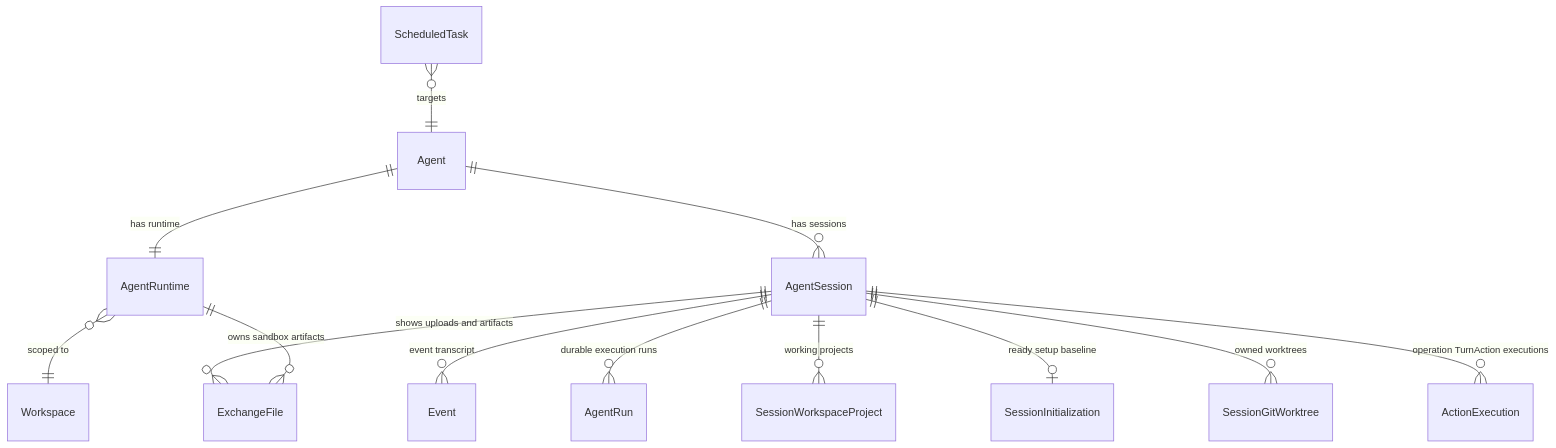
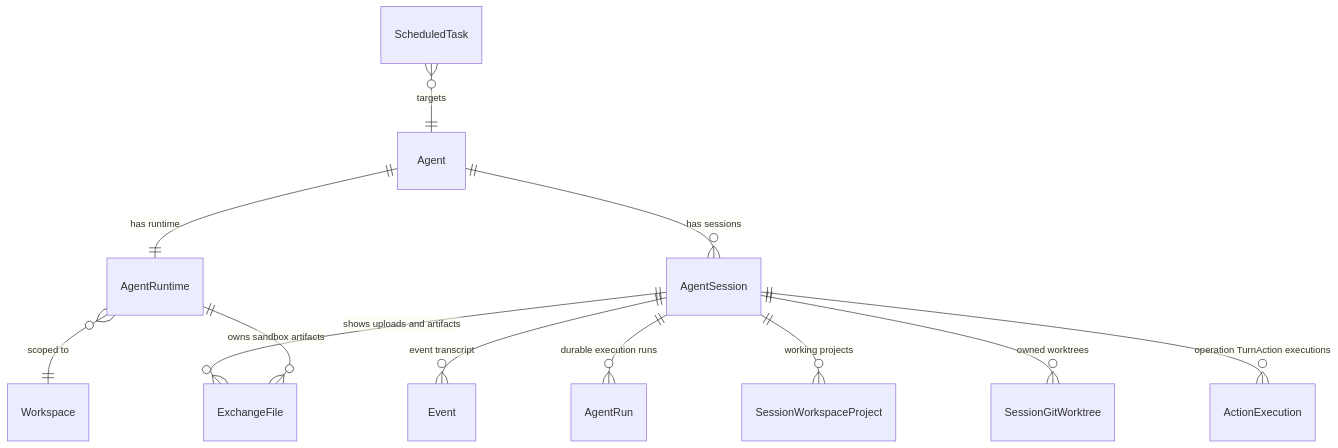
Before and after one commit to azents/azents: the diagram in docs/azents/spec/domain/conversation.md, drawn with Mermaid. The commit also changed other lines of this file and 84 other files, not shown here.

Commit message:
Replace session initialization with action history

````diff
--- a/docs/azents/spec/domain/conversation.md
+++ b/docs/azents/spec/domain/conversation.md
@@ -110,15 +105,14 @@
 ```mermaid
 erDiagram
     Agent ||--|| AgentRuntime : "has runtime"
     Agent ||--o{ AgentSession : "has sessions"
     AgentRuntime }o--|| Workspace : "scoped to"
     AgentSession ||--o{ Event : "event transcript"
     AgentSession ||--o{ AgentRun : "durable execution runs"
     AgentSession ||--o{ ExchangeFile : "shows uploads and artifacts"
     AgentSession ||--o{ SessionWorkspaceProject : "working projects"
-    AgentSession ||--o| SessionInitialization : "ready setup baseline"
     AgentSession ||--o{ SessionGitWorktree : "owned worktrees"
     AgentSession ||--o{ ActionExecution : "operation TurnAction executions"
     AgentRuntime ||--o{ ExchangeFile : "owns sandbox artifacts"
     ScheduledTask }o--|| Agent : "targets"
 ```
````
